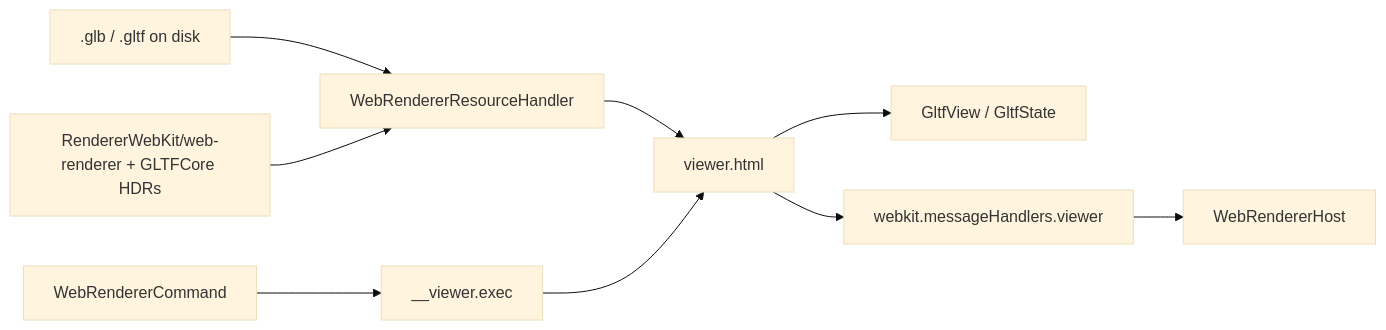
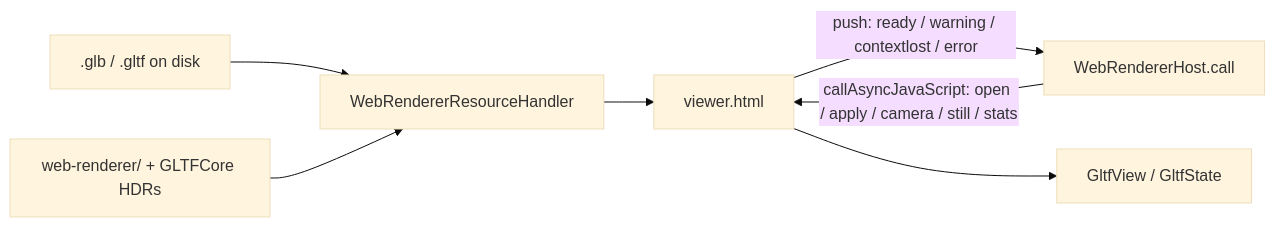
One commit to Hemmingsson/macos-gltf-inspector changed the diagram in docs/pipeline-web-renderer.md. Above: the diagram before and after it, drawn with Mermaid (base theme). The commit also changed other lines of this file and 2 other files, not shown here.

First line of the commit message:
Document the simplified web renderer: bridge, look mapping, failure, vendor pin

````diff
--- a/docs/pipeline-web-renderer.md
+++ b/docs/pipeline-web-renderer.md
@@ -41,11 +42,9 @@
 ```mermaid
 flowchart LR
   disk[".glb / .gltf on disk"] --> handler["WebRendererResourceHandler"]
-  bundle["RendererWebKit/web-renderer + GLTFCore HDRs"] --> handler
+  bundle["web-renderer/ + GLTFCore HDRs"] --> handler
   handler --> page["viewer.html"]
+  host["WebRendererHost.call"] -- "callAsyncJavaScript: open / apply / camera / still / stats" --> page
+  page -- "push: ready / warning / contextlost / error" --> host
   page --> khronos["GltfView / GltfState"]
-  swift["WebRendererCommand"] --> exec["__viewer.exec"]
-  exec --> page
-  page --> msg["webkit.messageHandlers.viewer"]
-  msg --> host["WebRendererHost"]
 ```
````
